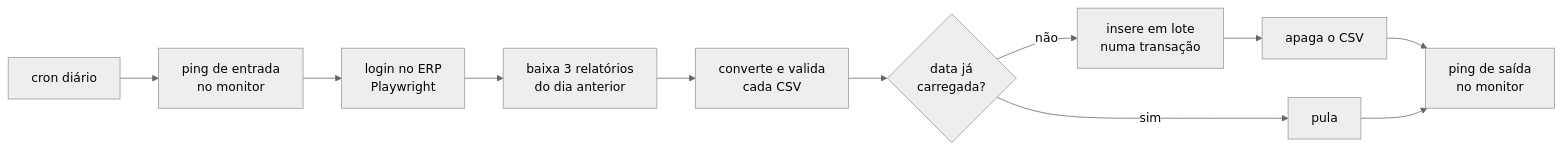
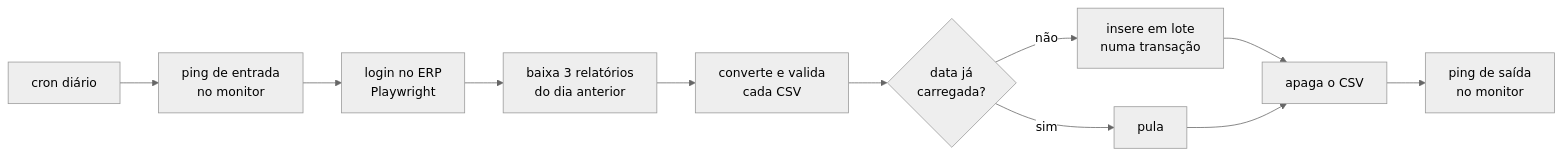
Before and after one commit to VICTORJCL/relatorio-financeiro: the diagram in README.md, drawn with Mermaid (neutral theme). The commit also changed other lines of this file and 3 other files, not shown here.

````diff
--- a/README.md
+++ b/README.md
@@ -40,13 +40,13 @@
 ```mermaid
 flowchart LR
     A[cron diário] --> B[ping de entrada<br/>no monitor]
     B --> C[login no ERP<br/>Playwright]
     C --> D[baixa 3 relatórios<br/>do dia anterior]
     D --> E[converte e valida<br/>cada CSV]
     E --> F{data já<br/>carregada?}
     F -- não --> G[insere em lote<br/>numa transação]
     F -- sim --> H[pula]
     G --> I[apaga o CSV]
     I --> J[ping de saída<br/>no monitor]
-    H --> J
+    H --> I
 ```
````
